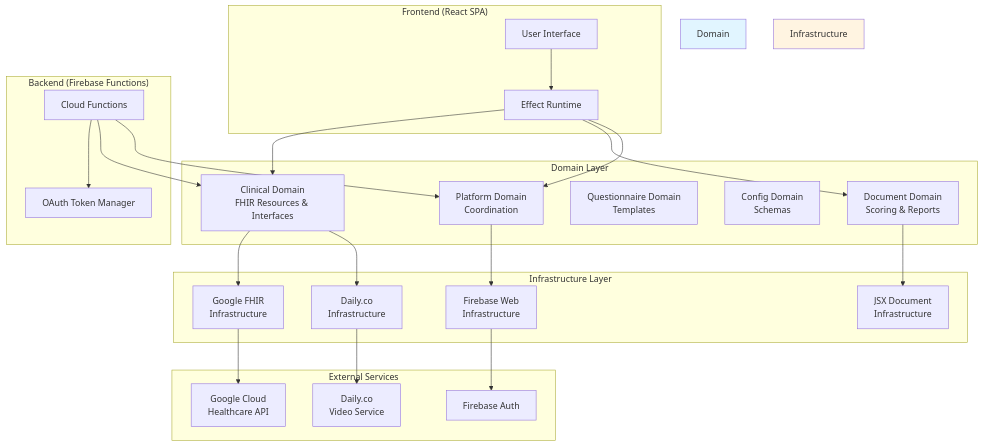
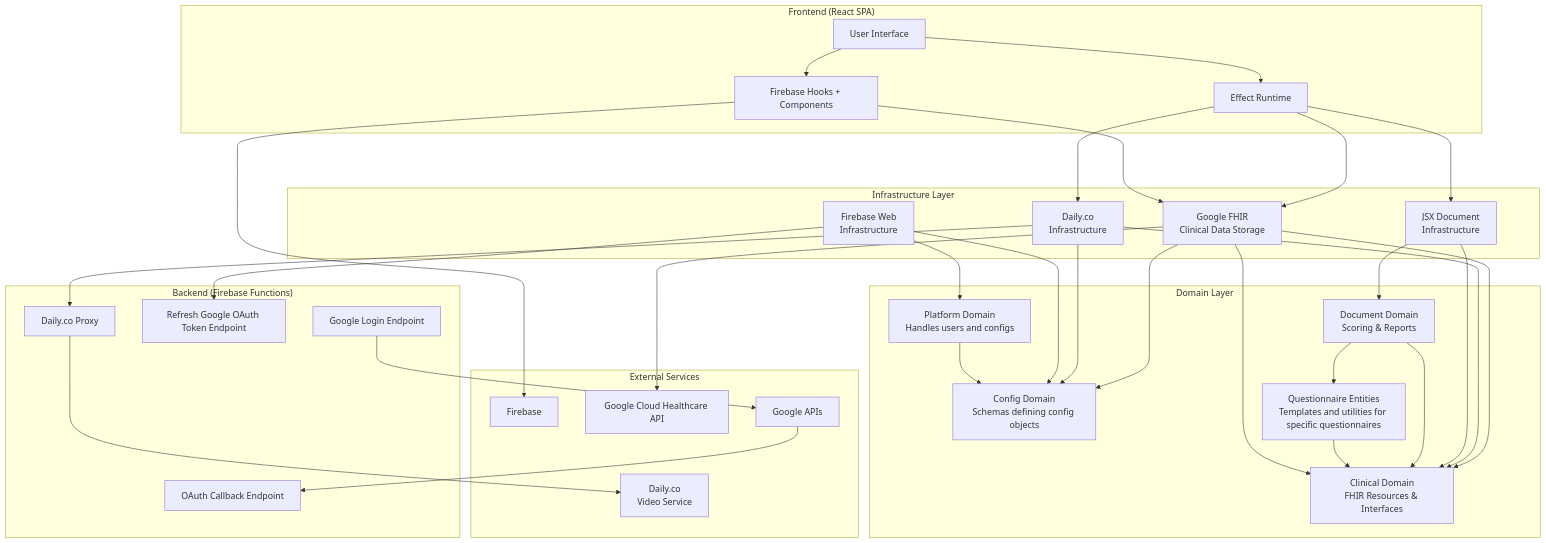
One commit to wildflowerhealthio/assessmentis changed the diagram in README.md. Above: the diagram before and after it, drawn with Mermaid. The commit also changed other lines of this file, not shown here.

Commit message:
Explicitly include uses relation diagram in readme

````diff
--- a/README.md
+++ b/README.md
@@ -18,54 +18,76 @@
 ```mermaid
 graph TB
     subgraph "Frontend (React SPA)"
         UI[User Interface]
         Runtime[Effect Runtime]
+        FrontendFirebase[Firebase Hooks + Components]
     end
-    
+
+    UI --> Runtime
+    UI --> FrontendFirebase
+
+    Runtime ---> GoogleFhir
+    Runtime ---> DailyCo
+    Runtime ---> JsxDoc
+
+    FrontendFirebase ---> ExternalFirebase
+    FrontendFirebase ---> GoogleFhir
+
+    subgraph "Infrastructure Layer"
+        GoogleFhir[Google FHIR<br/>Clinical Data Storage]
+        DailyCo[Daily.co<br/>Infrastructure]
+        FirebaseWeb[Firebase Web<br/>Infrastructure]
+        JsxDoc[JSX Document<br/>Infrastructure]
+    end
+
+    GoogleFhir --> ExternalGoogleFhir
+    GoogleFhir --> ClinicalDomain
+    GoogleFhir --> ConfigDomain
+
+    DailyCo --> DailyCoProxy
+    DailyCo --> ClinicalDomain
+    DailyCo --> ConfigDomain
+
+    FirebaseWeb --> ConfigDomain
+    FirebaseWeb --> PlatformDomain
+    FirebaseWeb --> refreshGoogleOAuthToken
+
+    JsxDoc --> DocumentDomain
+    JsxDoc --> ClinicalDomain
+
     subgraph "Backend (Firebase Functions)"
-        API[Cloud Functions]
-        Auth[OAuth Token Manager]
+        DailyCoProxy[Daily.co Proxy]
+        GoogleLogin[Google Login Endpoint]
+        OAuthCallback[OAuth Callback Endpoint]
+        refreshGoogleOAuthToken[Refresh Google OAuth Token Endpoint]
     end
-    
+
+    DailyCoProxy ---> ExternalDailyCo
+
+    GoogleLogin --> ExternalGoogle
+    ExternalGoogle --> OAuthCallback
+
     subgraph "Domain Layer"
-        Clinical[Clinical Domain<br/>FHIR Resources & Interfaces]
-        Document[Document Domain<br/>Scoring & Reports]
-        Questionnaire[Questionnaire Domain<br/>Templates]
-        Config[Config Domain<br/>Schemas]
-        Platform[Platform Domain<br/>Coordination]
+        ClinicalDomain[Clinical Domain<br/>FHIR Resources & Interfaces]
+        DocumentDomain[Document Domain<br/>Scoring & Reports]
+        QuestionnaireEntities[Questionnaire Entities<br/>Templates and utilities for specific questionnaires]
+        ConfigDomain[Config Domain<br/>Schemas defining config objects]
+        PlatformDomain[Platform Domain<br/>Handles users and configs]
     end
-    
-    subgraph "Infrastructure Layer"
-        FHIR[Google FHIR<br/>Infrastructure]
-        Video[Daily.co<br/>Infrastructure]
-        Firebase[Firebase Web<br/>Infrastructure]
-        JSXDoc[JSX Document<br/>Infrastructure]
+
+    DocumentDomain --> ClinicalDomain
+    DocumentDomain --> QuestionnaireEntities
+
+    QuestionnaireEntities --> ClinicalDomain
+
+    PlatformDomain --> ConfigDomain
+
+    GoogleFhir ---> ClinicalDomain
+    subgraph "External Services"
+        ExternalGoogleFhir[Google Cloud Healthcare API]
+        ExternalDailyCo[Daily.co<br/>Video Service]
+        ExternalFirebase[Firebase]
+        ExternalGoogle[Google APIs]
     end
-    
-    subgraph "External Services"
-        GCP[Google Cloud<br/>Healthcare API]
-        DailyCo[Daily.co<br/>Video Service]
-        FirebaseAuth[Firebase Auth]
-    end
-    
-    UI --> Runtime
-    Runtime --> Clinical
-    Runtime --> Document
-    Runtime --> Platform
-    
-    API --> Auth
-    API --> Clinical
-    API --> Platform
-    
-    Clinical --> FHIR
-    Clinical --> Video
-    Platform --> Firebase
-    Document --> JSXDoc
-    
-    FHIR --> GCP
-    Video --> DailyCo
-    Firebase --> FirebaseAuth
-    
-    style Domain fill:#e1f5ff
-    style Infrastructure fill:#fff4e1
+
 ```
````
